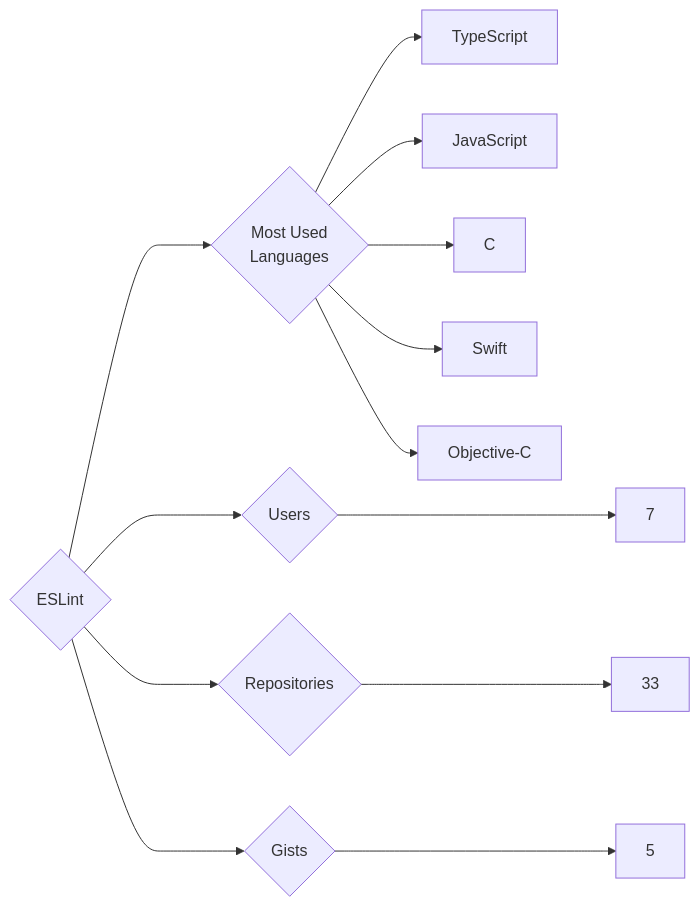
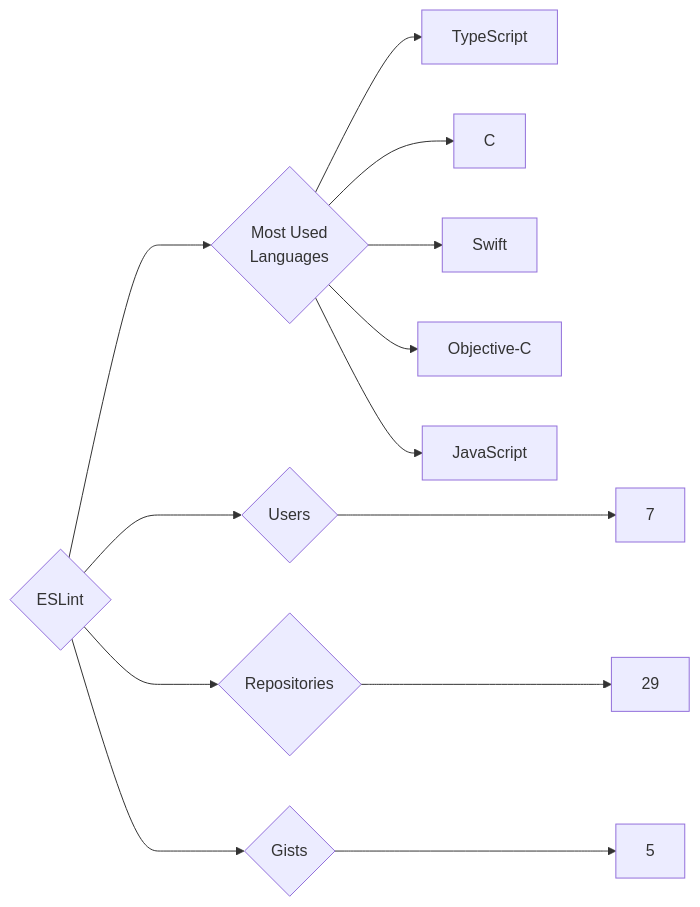
The diagram in targets/ESLint/README.md (trickest/insiders), drawn with Mermaid before and after one commit. The commit also changed 1120 other files, not shown here.

````diff
--- a/targets/ESLint/README.md
+++ b/targets/ESLint/README.md
@@ -3,13 +3,13 @@
 ```mermaid
 graph LR
 COMPANY_NAME{ESLint}
 COMPANY_NAME ---> U{Users} ---> UN[7]
-COMPANY_NAME ---> R{Repositories} ---> RN[33]
+COMPANY_NAME ---> R{Repositories} ---> RN[29]
 COMPANY_NAME ---> G{Gists} ---> GN[5]
 COMPANY_NAME ---> ML{Most Used<br>Languages}
 ML --> TypeScript[TypeScript]
-ML --> JavaScript[JavaScript]
 ML --> C[C]
 ML --> Swift[Swift]
 ML --> Objective-C[Objective-C]
+ML --> JavaScript[JavaScript]
 ```
````
